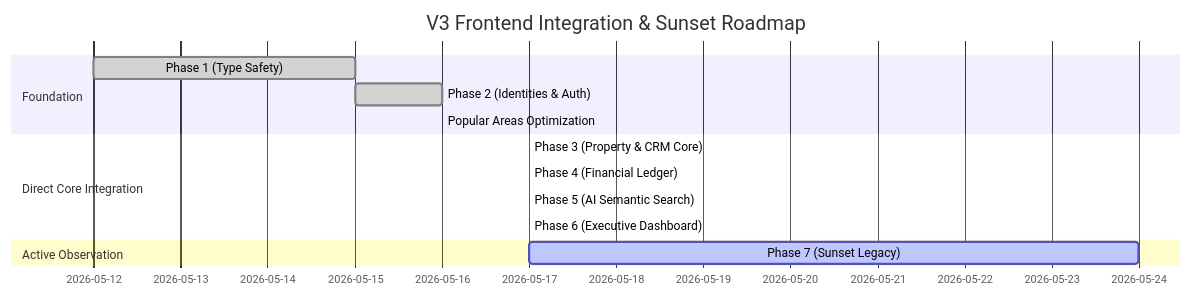
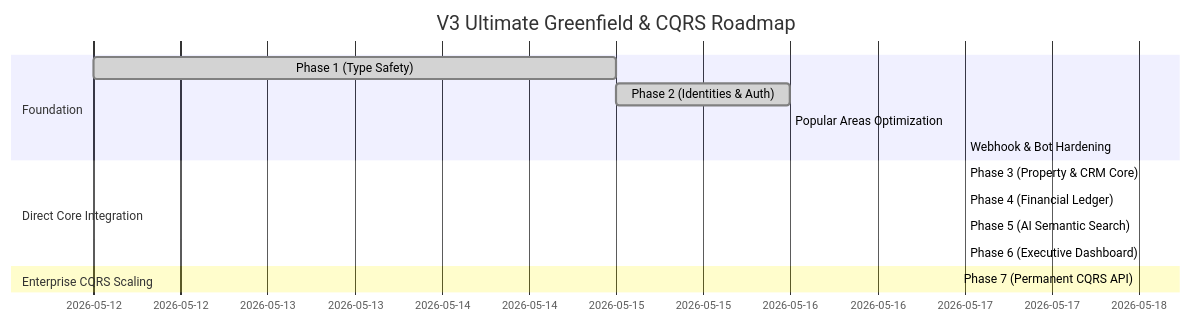
One commit to CazadorHT/realestate-crm changed the second of 2 diagrams in v3-database/v3_ultimate_hardening_summary.md. Above: the diagram before and after it, drawn with Mermaid. The commit also changed other lines of this file and 8 other files, not shown here.

````diff
--- a/v3-database/v3_ultimate_hardening_summary.md
+++ b/v3-database/v3_ultimate_hardening_summary.md
@@ -86,16 +87,17 @@
 ```mermaid
 gantt
-    title V3 Frontend Integration & Sunset Roadmap
+    title V3 Ultimate Greenfield & CQRS Roadmap
     dateFormat  YYYY-MM-DD
     section Foundation
     Phase 1 (Type Safety)       :done,    des1, 2026-05-12, 2026-05-15
     Phase 2 (Identities & Auth) :done,    des2, 2026-05-15, 2026-05-16
     Popular Areas Optimization  :done,    des2_1, 2026-05-16, 2026-05-16
+    Webhook & Bot Hardening     :done,    des2_2, 2026-05-17, 2026-05-17
     section Direct Core Integration
     Phase 3 (Property & CRM Core) :done,  des3, 2026-05-17, 2026-05-17
     Phase 4 (Financial Ledger)    :done,  des4, 2026-05-17, 2026-05-17
     Phase 5 (AI Semantic Search)  :done,  des5, 2026-05-17, 2026-05-17
     Phase 6 (Executive Dashboard) :done,  des6, 2026-05-17, 2026-05-17
-    section Active Observation
-    Phase 7 (Sunset Legacy)       :active, des7, 2026-05-17, 7d
+    section Enterprise CQRS Scaling
+    Phase 7 (Permanent CQRS API)  :done,  des7, 2026-05-18, 2026-05-18
 ```
````
